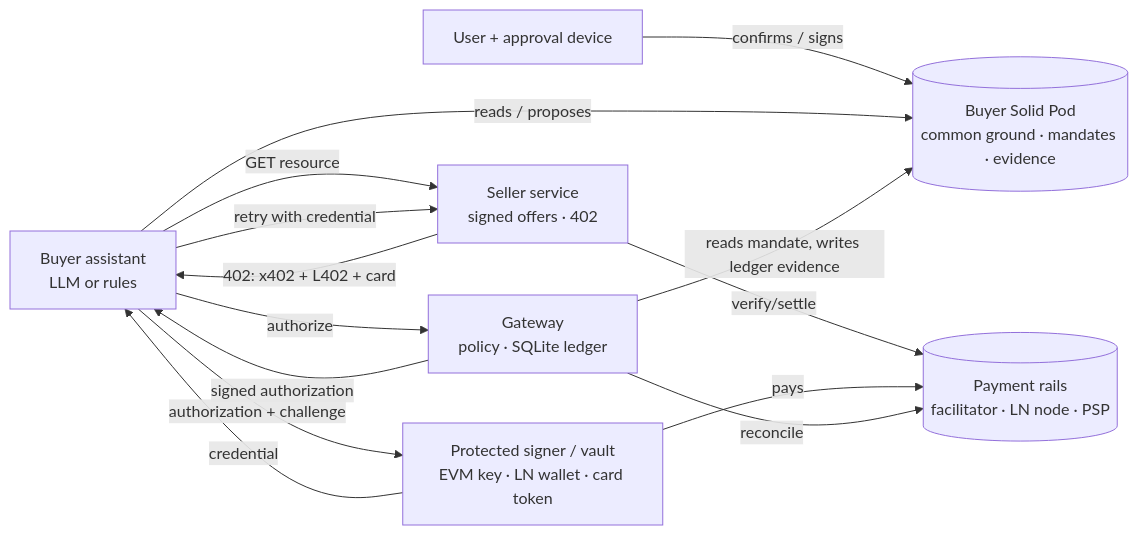
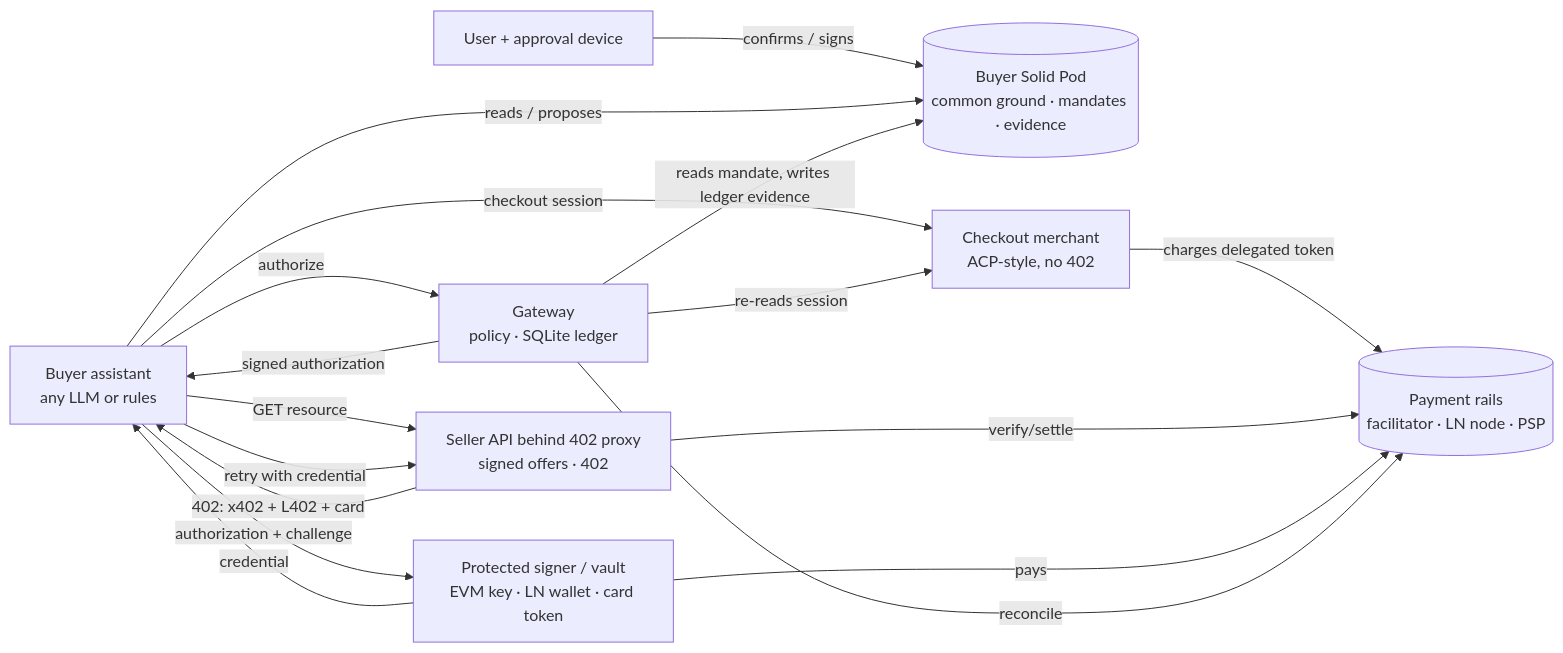
The diagram in README.md (jundahuang9123/solid-commerce), drawn with Mermaid before and after one commit. The commit also changed other lines of this file and 3 other files, not shown here.

First line of the commit message:
Make merchant refunds idempotent; document proxy, checkout, LLM providers and web demo

````diff
--- a/README.md
+++ b/README.md
@@ -73,16 +84,19 @@
 ```mermaid
 flowchart LR
   U[User + approval device] -- confirms / signs --> POD[(Buyer Solid Pod<br/>common ground · mandates · evidence)]
-  A[Buyer assistant<br/>LLM or rules] -- reads / proposes --> POD
-  A -- GET resource --> S[Seller service<br/>signed offers · 402]
+  A[Buyer assistant<br/>any LLM or rules] -- reads / proposes --> POD
+  A -- GET resource --> S[Seller API behind 402 proxy<br/>signed offers · 402]
   S -- 402: x402 + L402 + card --> A
+  A -- checkout session --> M[Checkout merchant<br/>ACP-style, no 402]
+  G -- re-reads session --> M
+  M -- charges delegated token --> R
   A -- authorize --> G[Gateway<br/>policy · SQLite ledger]
   G -- reads mandate, writes ledger evidence --> POD
   G -- signed authorization --> A
   A -- authorization + challenge --> W[Protected signer / vault<br/>EVM key · LN wallet · card token]
   W -- credential --> A
   A -- retry with credential --> S
   S -- verify/settle --> R[(Payment rails<br/>facilitator · LN node · PSP)]
   W -- pays --> R
   G -- reconcile --> R
 ```
````
